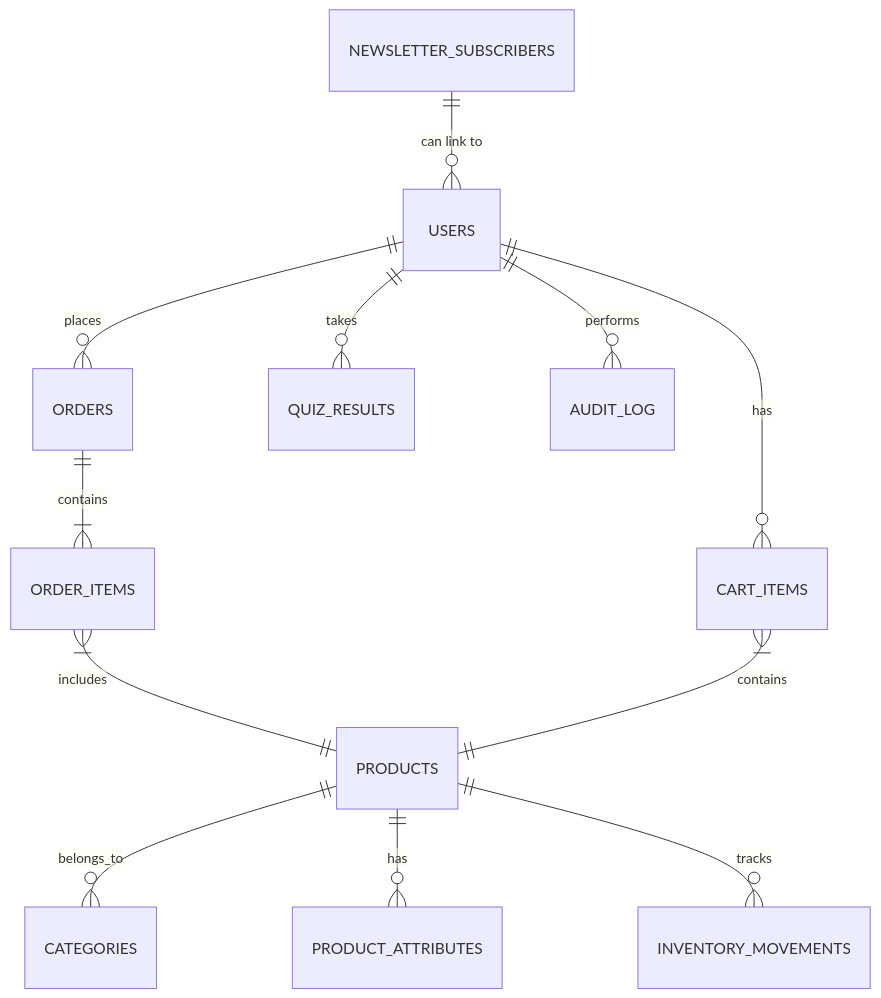
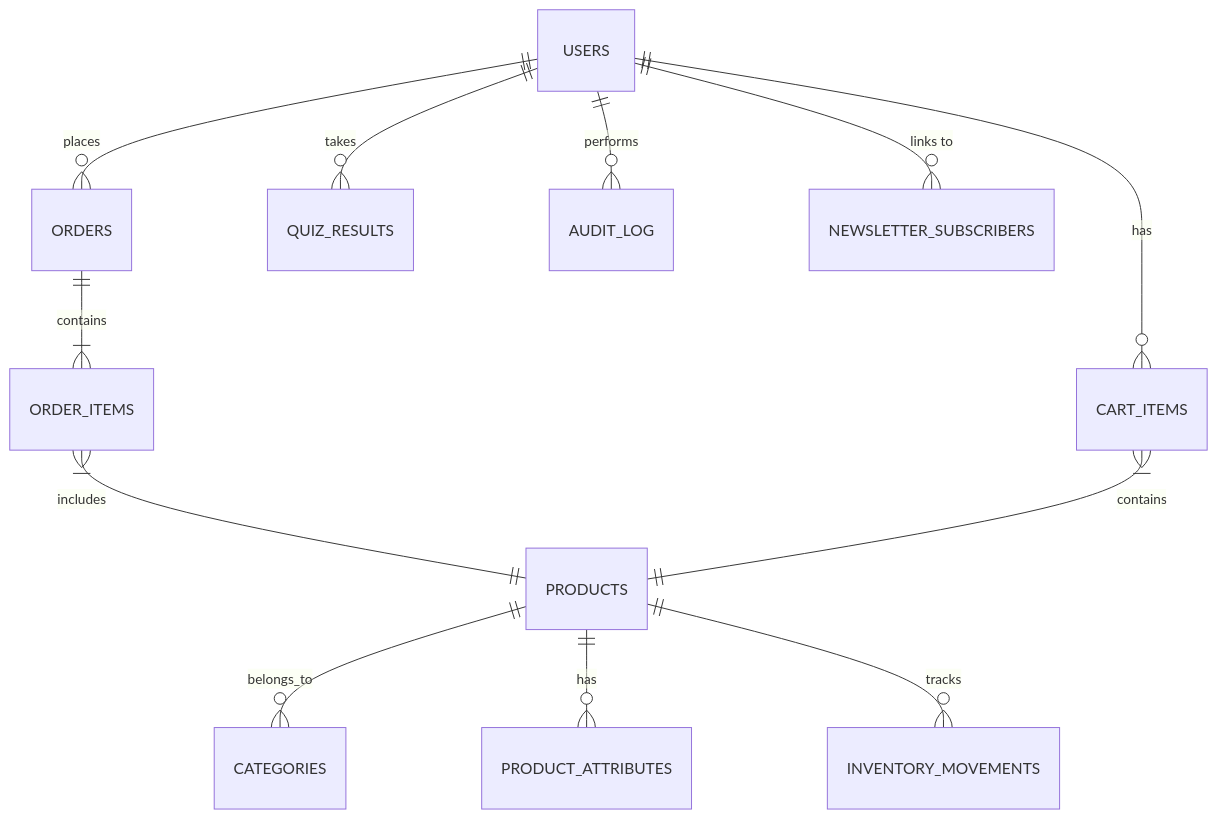
Before and after one commit to sepnetflix/The-Scent-oa5: the second of 2 diagrams in README.md, drawn with Mermaid. The commit also changed other lines of this file and 25 other files, not shown here.

````diff
--- a/README.md
+++ b/README.md
@@ -278,19 +270,18 @@
 ```mermaid
 erDiagram
     USERS ||--o{ ORDERS : places
     USERS ||--o{ CART_ITEMS : has
     USERS ||--o{ QUIZ_RESULTS : takes
     USERS ||--o{ AUDIT_LOG : performs
+    USERS ||--o{ NEWSLETTER_SUBSCRIBERS : "links to"
 
     ORDERS ||--|{ ORDER_ITEMS : contains
     ORDER_ITEMS }|--|| PRODUCTS : includes
 
     CART_ITEMS }|--|| PRODUCTS : contains
 
     PRODUCTS ||--o{ CATEGORIES : belongs_to
     PRODUCTS ||--o{ PRODUCT_ATTRIBUTES : has
     PRODUCTS ||--o{ INVENTORY_MOVEMENTS : tracks
 
-    NEWSLETTER_SUBSCRIBERS ||--o{ USERS : "can link to"
-
 ```
````
